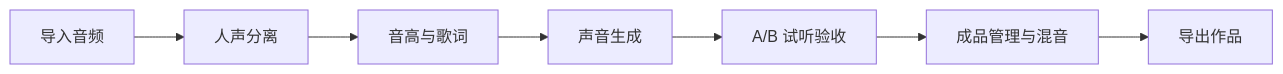
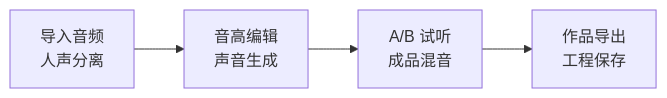
One commit to BF-2/SONORA changed the diagram in README.md. Above: the diagram before and after it, drawn with Mermaid.

Commit message:
docs: make workflow diagram compact and readable

````diff
--- a/README.md
+++ b/README.md
@@ -15,9 +15,6 @@
 ```mermaid
 flowchart LR
-    A[导入音频] --> B[人声分离]
-    B --> C[音高与歌词]
-    C --> D[声音生成]
-    D --> E[A/B 试听验收]
-    E --> F[成品管理与混音]
-    F --> G[导出作品]
+    A["导入音频<br/>人声分离"] --> B["音高编辑<br/>声音生成"]
+    B --> C["A/B 试听<br/>成品混音"]
+    C --> D["作品导出<br/>工程保存"]
 ```
````
